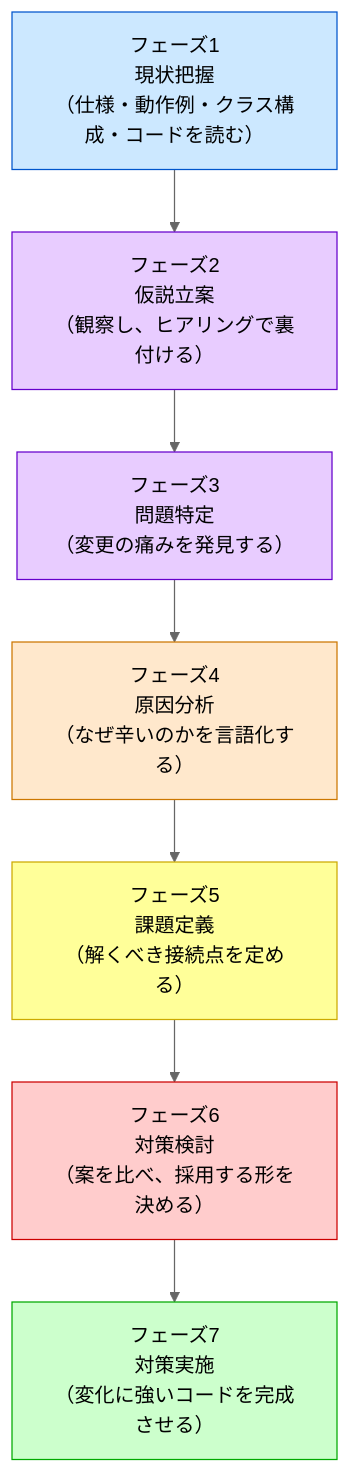
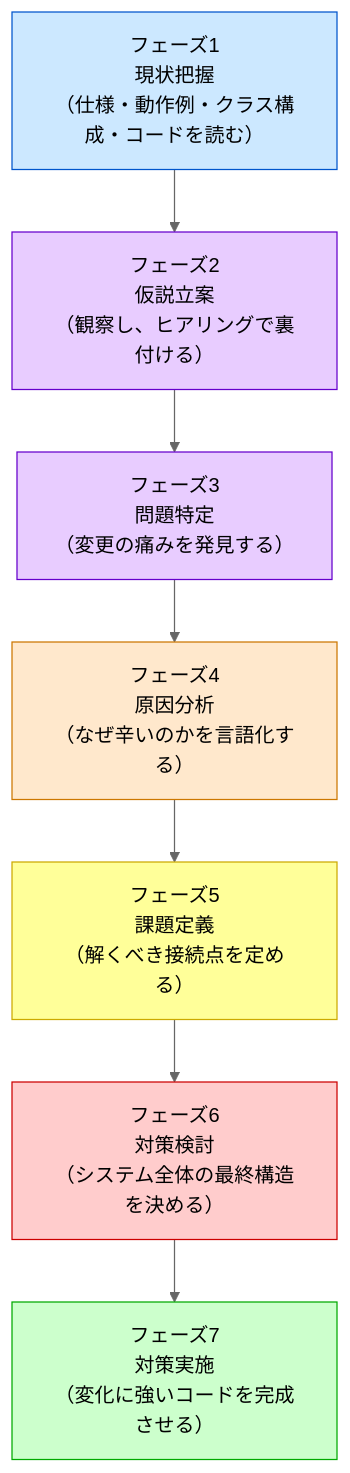
The first of 3 diagrams in kindle/design-patterns/output/chapter00_2.md (kumachan1101-pixel/DesignPattern), drawn with Mermaid (neutral theme) before and after one commit. The commit also changed other lines of this file and 2 other files, not shown here.

````diff
--- a/kindle/design-patterns/output/chapter00_2.md
+++ b/kindle/design-patterns/output/chapter00_2.md
@@ -68,20 +68,20 @@
 ```mermaid
 graph TD
     F1["フェーズ1<br>現状把握<br>（仕様・動作例・クラス構成・コードを読む）"]
     F2["フェーズ2<br>仮説立案<br>（観察し、ヒアリングで裏付ける）"]
     F3["フェーズ3<br>問題特定<br>（変更の痛みを発見する）"]
     F4["フェーズ4<br>原因分析<br>（なぜ辛いのかを言語化する）"]
     F5["フェーズ5<br>課題定義<br>（解くべき接続点を定める）"]
-    F6["フェーズ6<br>対策検討<br>（案を比べ、採用する形を決める）"]
+    F6["フェーズ6<br>対策検討<br>（システム全体の最終構造を決める）"]
     F7["フェーズ7<br>対策実施<br>（変化に強いコードを完成させる）"]
 
     F1 --> F2 --> F3 --> F4 --> F5 --> F6 --> F7
 
     style F1 fill:#cce8ff,stroke:#0055cc
     style F2 fill:#e8ccff,stroke:#6600cc
     style F3 fill:#e8ccff,stroke:#6600cc
     style F4 fill:#ffe8cc,stroke:#cc7700
     style F5 fill:#ffff99,stroke:#ccaa00
     style F6 fill:#ffcccc,stroke:#cc0000
     style F7 fill:#ccffcc,stroke:#00aa00
 ```
````
